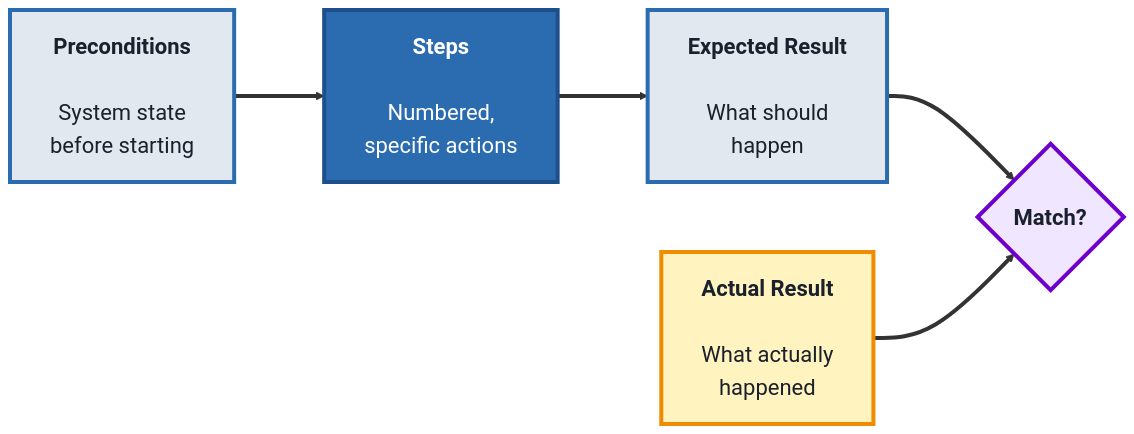
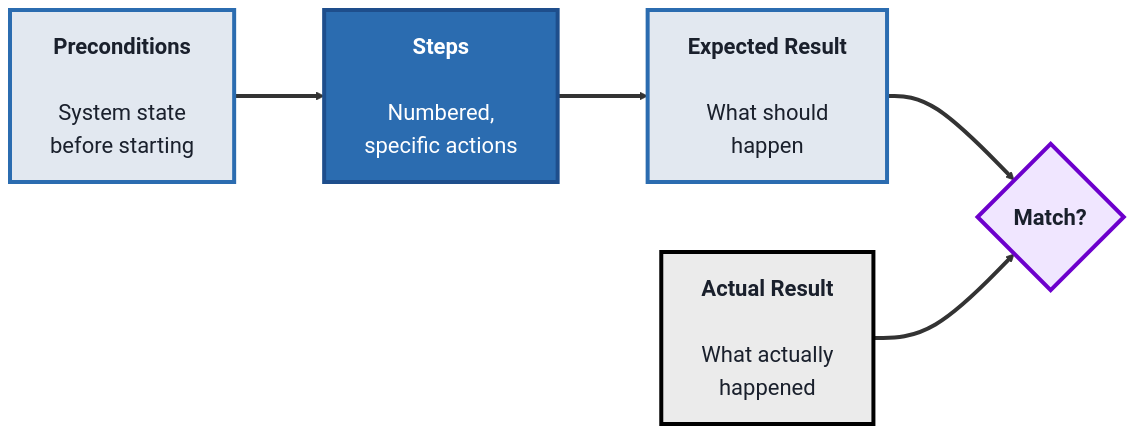
One commit to SHEMODELTECH/shemodeltech changed the first of 3 diagrams in src/Pages/courses/TechQA/module-2-manual-testing.md. Above: the diagram before and after it, drawn with Mermaid. The commit also changed other lines of this file and 46 other files, not shown here.

````diff
--- a/src/Pages/courses/TechQA/module-2-manual-testing.md
+++ b/src/Pages/courses/TechQA/module-2-manual-testing.md
@@ -18,19 +18,19 @@
 ```mermaid
 %%{init: {'theme':'base', 'themeVariables': {'fontSize':'22px', 'primaryTextColor':'#1a202c', 'primaryBorderColor':'#1e4e8c', 'lineColor':'#333333'}, 'flowchart': {'nodeSpacing': 70, 'rankSpacing': 90, 'padding': 20}}}%%
 flowchart LR
     PC["<b>Preconditions</b><br/><br/>System state<br/>before starting"]
     S["<b>Steps</b><br/><br/>Numbered,<br/>specific actions"]
     ER["<b>Expected Result</b><br/><br/>What should<br/>happen"]
     AR["<b>Actual Result</b><br/><br/>What actually<br/>happened"]
     V{"<b>Match?</b>"}
 
     PC ==> S ==> ER ==> V
     AR ==> V
 
     style PC fill:#e2e8f0,color:#1a202c,stroke:#2b6cb0,stroke-width:4px
     style S fill:#2b6cb0,color:#fff,stroke:#1e4e8c,stroke-width:4px
     style ER fill:#e2e8f0,color:#1a202c,stroke:#2b6cb0,stroke-width:4px
-    style AR fill:#fff3bf,color:#1a202c,stroke:#f08c00,stroke-width:4px
+    style AR fill:#EBEBEB,color:#1a202c,stroke:#000000,stroke-width:4px
     style V fill:#f0e6ff,color:#1a202c,stroke:#6d00cc,stroke-width:4px
     linkStyle default stroke-width:4px,stroke:#333333
 ```
````
